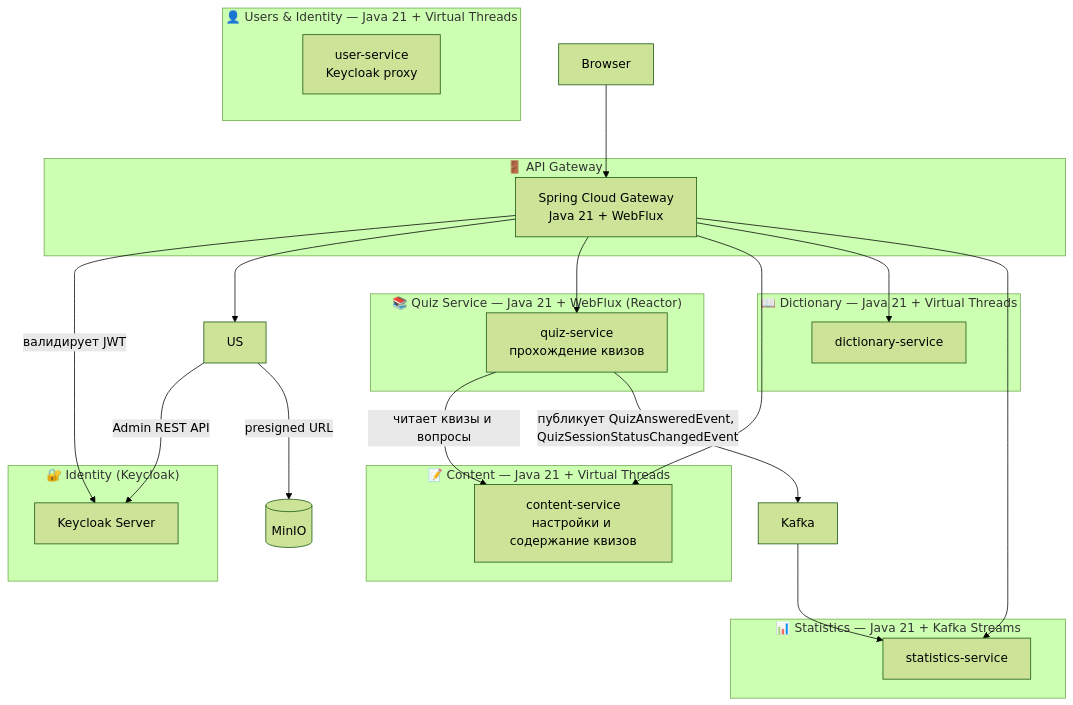
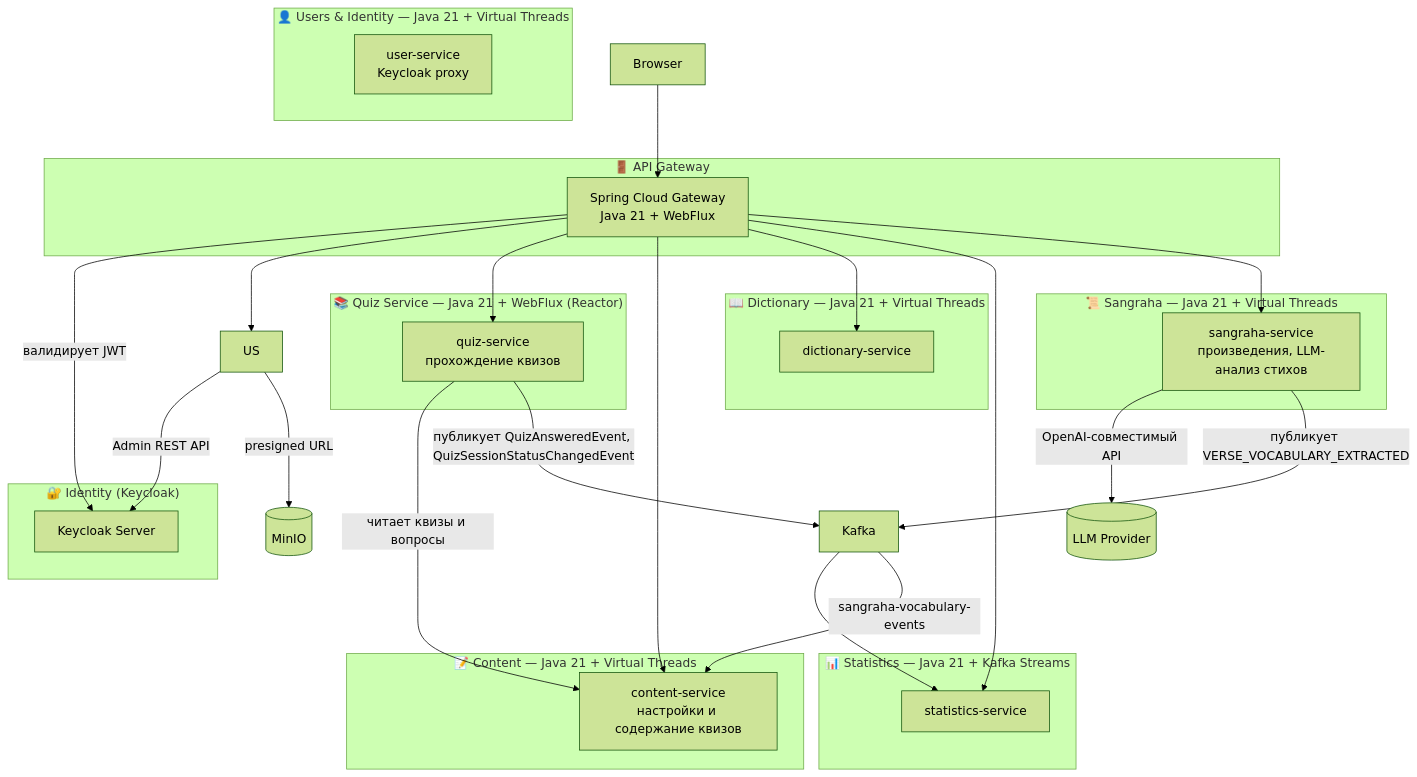
Before and after one commit to sergijm/samskrtam: the diagram in docs/README.md, drawn with Mermaid (forest theme). The commit also changed other lines of this file and 79 other files, not shown here.

````diff
--- a/docs/README.md
+++ b/docs/README.md
@@ -62,43 +63,51 @@
 ```mermaid
 graph TD
   subgraph Identity ["🔐 Identity (Keycloak)"]
     KC[Keycloak Server]
   end
 
   subgraph Gateway ["🚪 API Gateway"]
     GW[Spring Cloud Gateway\nJava 21 + WebFlux]
   end
 
   subgraph IdentityUsers ["👤 Users & Identity — Java 21 + Virtual Threads"]
     AS[user-service\nKeycloak proxy]
   end
 
   subgraph Content ["📝 Content — Java 21 + Virtual Threads"]
     CS[content-service\nнастройки и содержание квизов]
   end
 
   subgraph Quiz ["📚 Quiz Service — Java 21 + WebFlux (Reactor)"]
     QS[quiz-service\nпрохождение квизов]
   end
 
   subgraph Dictionary ["📖 Dictionary — Java 21 + Virtual Threads"]
     DS[dictionary-service]
   end
 
   subgraph Stats ["📊 Statistics — Java 21 + Kafka Streams"]
     ST[statistics-service]
   end
 
+  subgraph Sangraha ["📜 Sangraha — Java 21 + Virtual Threads"]
+    SG[sangraha-service\nпроизведения, LLM-анализ стихов]
+  end
+
   Browser --> GW
   GW -->|валидирует JWT| KC
   GW --> US
   US -->|Admin REST API| KC
   US -->|presigned URL| MinIO[(MinIO)]
   GW --> QS
   GW --> CS
   GW --> DS
   GW --> ST
+  GW --> SG
   QS -->|читает квизы и вопросы| CS
   QS -->|публикует QuizAnsweredEvent, QuizSessionStatusChangedEvent| Kafka
   Kafka --> ST
+  SG -->|OpenAI-совместимый API| LLM[(LLM Provider)]
+  SG -->|публикует VERSE_VOCABULARY_EXTRACTED| Kafka
+  Kafka -->|sangraha-vocabulary-events| CS
 ```
````
